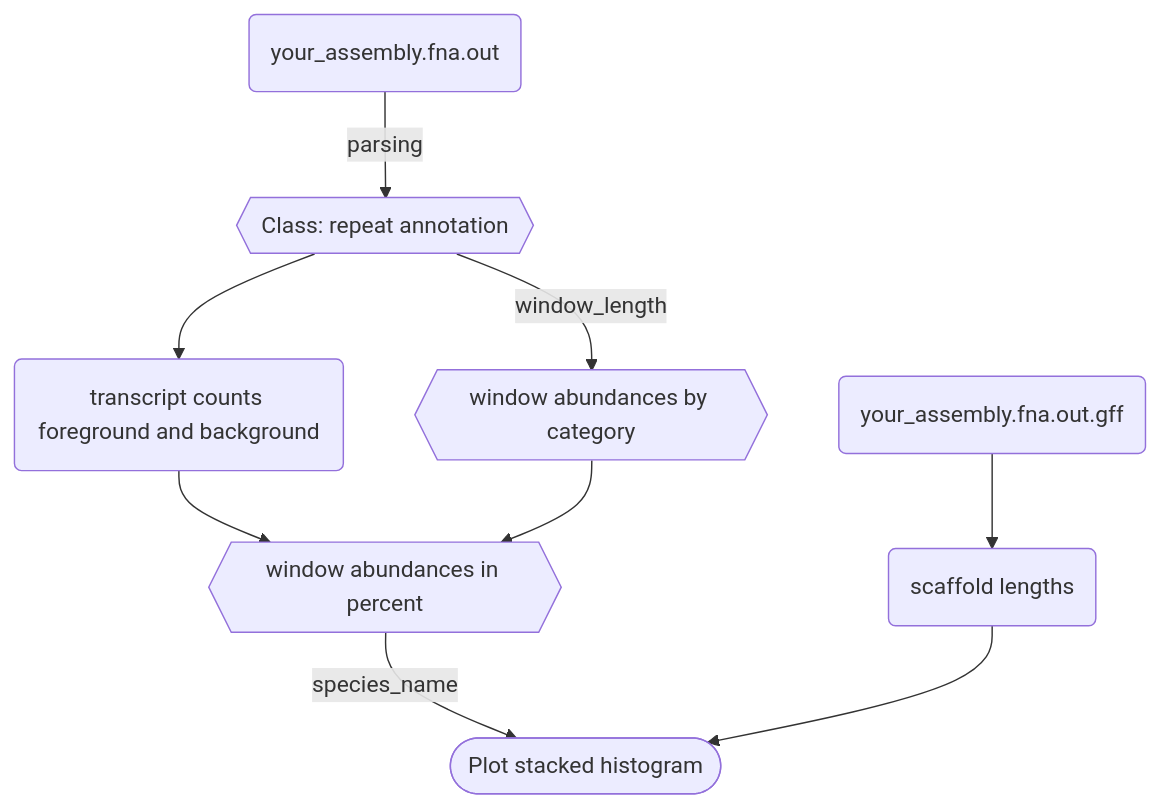
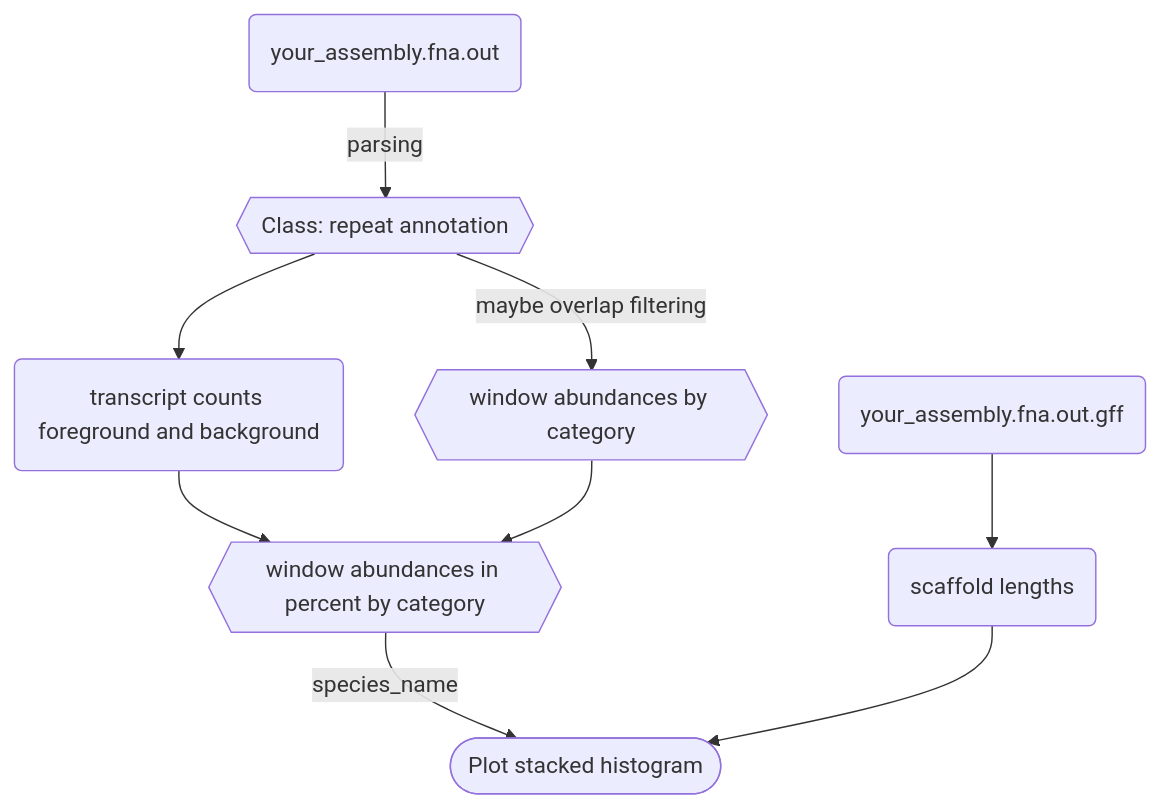
Before and after one commit to milena-t/ReVis: the first of 2 diagrams in README.md, drawn with Mermaid. The commit also changed other lines of this file, not shown here.

Commit message:
mermaid surroundings

````diff
--- a/README.md
+++ b/README.md
@@ -68,14 +68,14 @@
 ```mermaid
 graph TD;
     infile_out(your_assembly.fna.out);
     infile_out -- parsing --> rep_annot{{Class: repeat annotation}};
-    rep_annot -- window_length --> win_ab{{window abundances by category}};
+    rep_annot -- maybe overlap filtering --> win_ab{{window abundances by category}};
     rep_annot --> tr_count(transcript counts foreground and background);
-    tr_count --> win_prop{{window abundances in percent}}
+    tr_count --> win_prop{{window abundances in percent by category}}
     win_ab --> win_prop
     infile_gff(your_assembly.fna.out.gff);
     infile_gff --> contig_coords(scaffold lengths);
 
     win_prop -- species_name --> plot([Plot stacked histogram])
     contig_coords --> plot
 ```   
````
